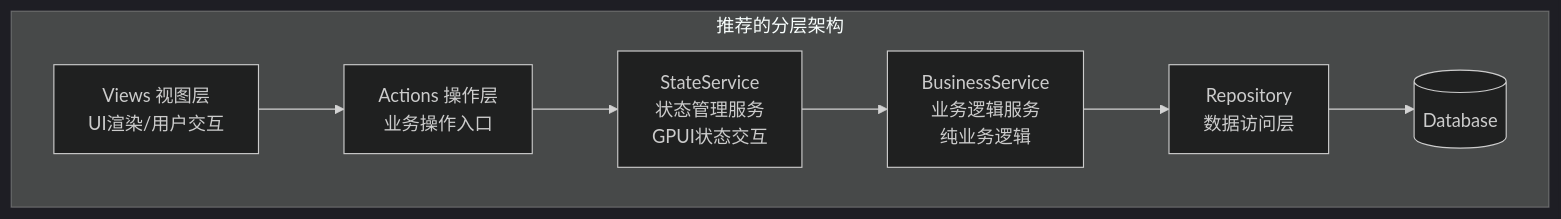
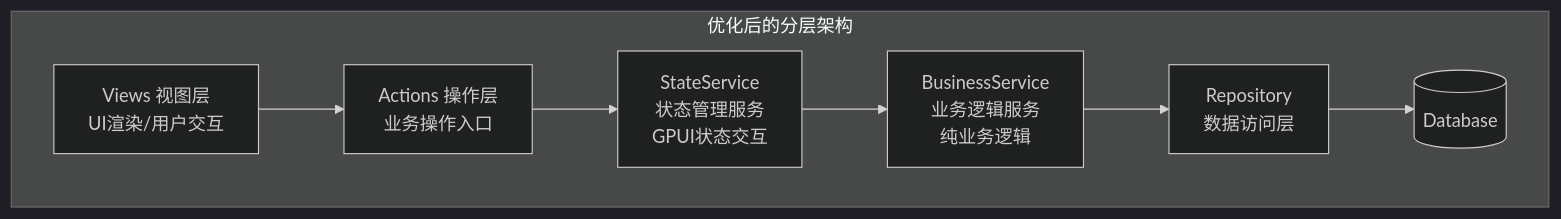
One commit to linruohan/mytool-gpui changed the fifth of 6 diagrams in kimi2.5方案.md. Above: the diagram before and after it, drawn with Mermaid (dark theme). The commit also changed other lines of this file and 44 other files, not shown here.

````diff
--- a/kimi2.5方案.md
+++ b/kimi2.5方案.md
@@ -532,17 +534,17 @@
 ```mermaid
 graph TB
-    subgraph "推荐的分层架构"
+    subgraph "优化后的分层架构"
         V[Views 视图层<br/>UI渲染/用户交互]
         A[Actions 操作层<br/>业务操作入口]
         SS[StateService<br/>状态管理服务<br/>GPUI状态交互]
         BS[BusinessService<br/>业务逻辑服务<br/>纯业务逻辑]
         R[Repository<br/>数据访问层]
         DB[(Database)]
     end
 
     V --> A
     A --> SS
     SS --> BS
     BS --> R
     R --> DB
 ```
````
